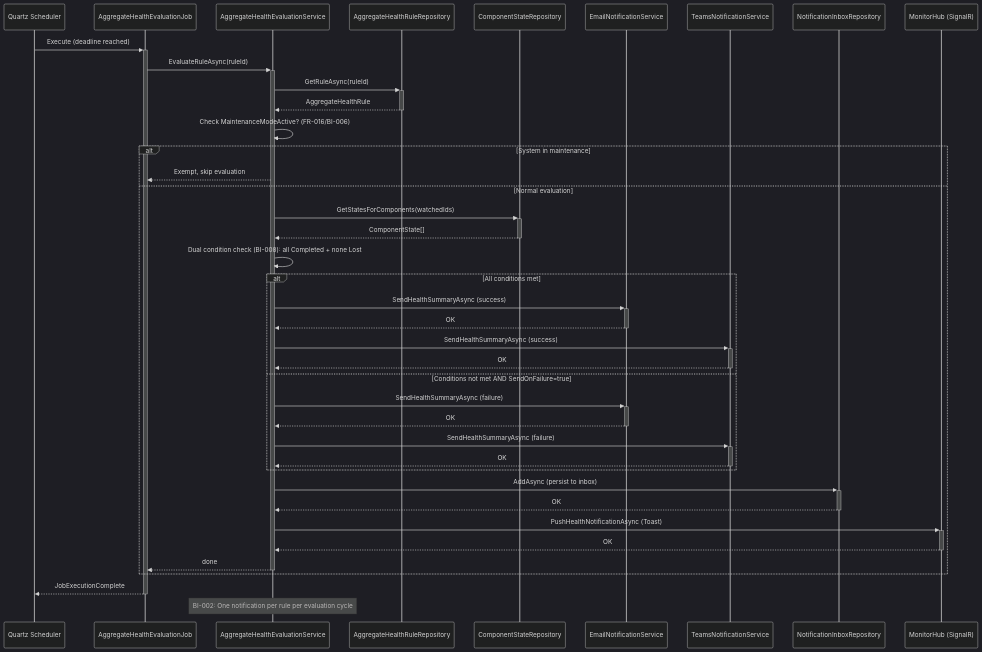
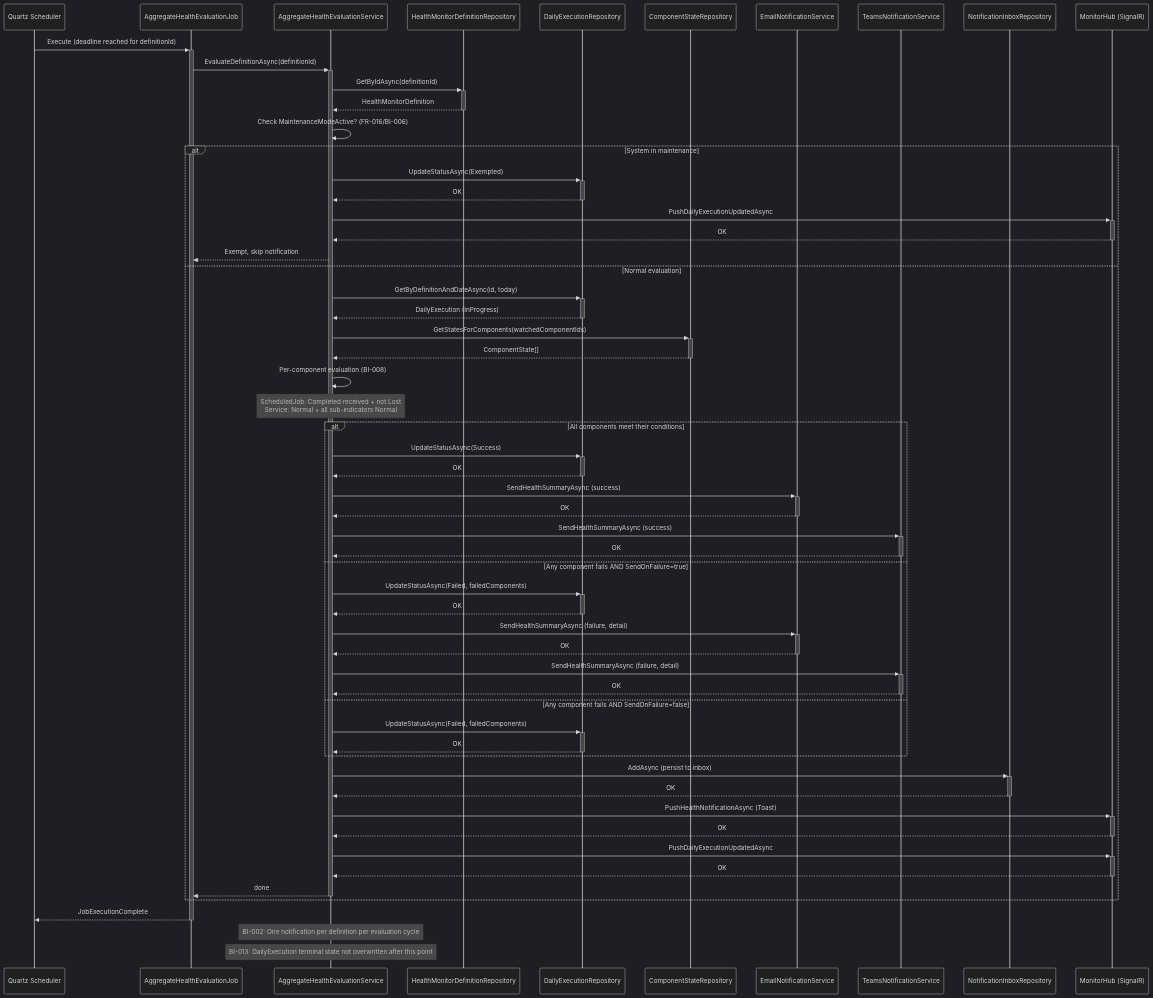
Before and after one commit to wutse/SysMA: the eighth of 8 diagrams in docs/architecture/BrokerageMonitoringPlatform.design.md, drawn with Mermaid (dark theme). The commit also changed other lines of this file, not shown here.

Commit message:
docs(design): v1.1 - refactor AggregateHealthRule to HealthMonitorDefinition/DailyExecution, update domain model, schema, interfaces, and sequence diagrams

````diff
--- a/docs/architecture/BrokerageMonitoringPlatform.design.md
+++ b/docs/architecture/BrokerageMonitoringPlatform.design.md
@@ -1233,44 +1404,62 @@
 ```mermaid
-%%  Sequence Diagram — Aggregate Health Evaluation (FR-013, FR-014)
+%%  Sequence Diagram — Aggregate Health Evaluation (FR-045, FR-013, FR-014)
 sequenceDiagram
   participant QTZ as Quartz Scheduler
   participant JOB as AggregateHealthEvaluationJob
   participant AHE as AggregateHealthEvaluationService
-  participant REPO as AggregateHealthRuleRepository
+  participant DEFREPO as HealthMonitorDefinitionRepository
+  participant DEREPO as DailyExecutionRepository
   participant SREP as ComponentStateRepository
   participant ENS as EmailNotificationService
   participant TNS as TeamsNotificationService
   participant NI as NotificationInboxRepository
   participant HUB as MonitorHub (SignalR)
 
-  QTZ ->>+ JOB: Execute (deadline reached)
-  JOB ->>+ AHE: EvaluateRuleAsync(ruleId)
-  AHE ->>+ REPO: GetRuleAsync(ruleId)
-  REPO -->>- AHE: AggregateHealthRule
+  QTZ ->>+ JOB: Execute (deadline reached for definitionId)
+  JOB ->>+ AHE: EvaluateDefinitionAsync(definitionId)
+  AHE ->>+ DEFREPO: GetByIdAsync(definitionId)
+  DEFREPO -->>- AHE: HealthMonitorDefinition
   AHE ->> AHE: Check MaintenanceModeActive? (FR-016/BI-006)
   alt System in maintenance
-    AHE -->> JOB: Exempt, skip evaluation
+    AHE ->>+ DEREPO: UpdateStatusAsync(Exempted)
+    DEREPO -->>- AHE: OK
+    AHE ->>+ HUB: PushDailyExecutionUpdatedAsync
+    HUB -->>- AHE: OK
+    AHE -->> JOB: Exempt, skip notification
   else Normal evaluation
-    AHE ->>+ SREP: GetStatesForComponents(watchedIds)
+    AHE ->>+ DEREPO: GetByDefinitionAndDateAsync(id, today)
+    DEREPO -->>- AHE: DailyExecution (InProgress)
+    AHE ->>+ SREP: GetStatesForComponents(watchedComponentIds)
     SREP -->>- AHE: ComponentState[]
-    AHE ->> AHE: Dual condition check (BI-008): all Completed + none Lost
-    alt All conditions met
+    AHE ->> AHE: Per-component evaluation (BI-008)
+    Note over AHE: ScheduledJob: Completed received + not Lost<br/>Service: Normal + all sub-indicators Normal
+    alt All components meet their conditions
+      AHE ->>+ DEREPO: UpdateStatusAsync(Success)
+      DEREPO -->>- AHE: OK
       AHE ->>+ ENS: SendHealthSummaryAsync (success)
       ENS -->>- AHE: OK
       AHE ->>+ TNS: SendHealthSummaryAsync (success)
       TNS -->>- AHE: OK
-    else Conditions not met AND SendOnFailure=true
-      AHE ->>+ ENS: SendHealthSummaryAsync (failure)
+    else Any component fails AND SendOnFailure=true
+      AHE ->>+ DEREPO: UpdateStatusAsync(Failed, failedComponents)
+      DEREPO -->>- AHE: OK
+      AHE ->>+ ENS: SendHealthSummaryAsync (failure, detail)
       ENS -->>- AHE: OK
-      AHE ->>+ TNS: SendHealthSummaryAsync (failure)
+      AHE ->>+ TNS: SendHealthSummaryAsync (failure, detail)
       TNS -->>- AHE: OK
+    else Any component fails AND SendOnFailure=false
+      AHE ->>+ DEREPO: UpdateStatusAsync(Failed, failedComponents)
+      DEREPO -->>- AHE: OK
     end
     AHE ->>+ NI: AddAsync (persist to inbox)
     NI -->>- AHE: OK
     AHE ->>+ HUB: PushHealthNotificationAsync (Toast)
     HUB -->>- AHE: OK
+    AHE ->>+ HUB: PushDailyExecutionUpdatedAsync
+    HUB -->>- AHE: OK
     AHE -->>- JOB: done
   end
   JOB -->>- QTZ: JobExecutionComplete
-  Note over AHE: BI-002: One notification per rule per evaluation cycle
+  Note over AHE: BI-002: One notification per definition per evaluation cycle
+  Note over AHE: BI-013: DailyExecution terminal state not overwritten after this point
 ```
````
